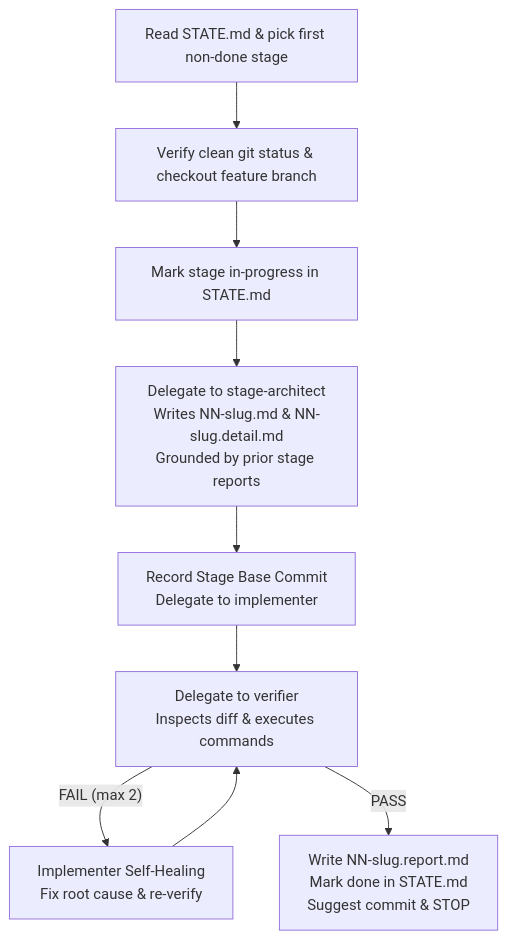
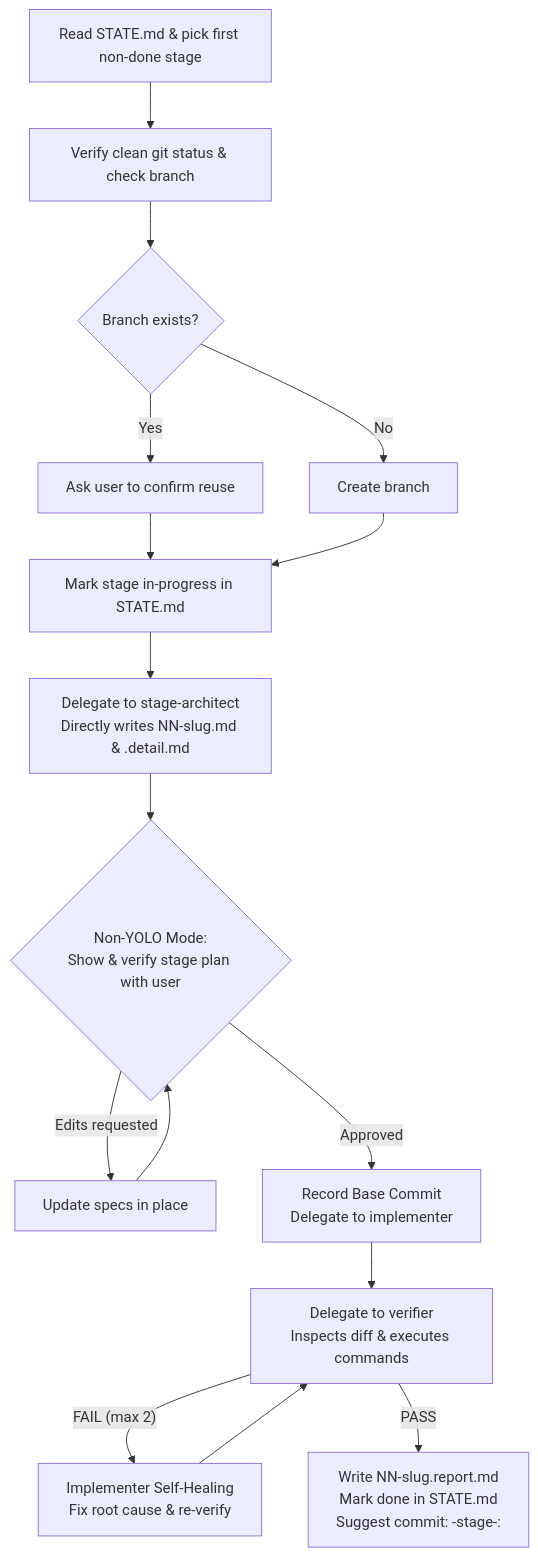
The second of 2 diagrams in skills/staged-build/SKILL.md (nsrandom/gemini-staged-build), drawn with Mermaid before and after one commit. The commit also changed other lines of this file and 8 other files, not shown here.

Commit message:
v1.2.0: Implement plan-first architecture, mandatory feature branching, standardized commit conventions, and updated maintenance procedures.

````diff
--- a/skills/staged-build/SKILL.md
+++ b/skills/staged-build/SKILL.md
@@ -109,10 +112,14 @@
 ```mermaid
 flowchart TD
-    A[Read STATE.md & pick first non-done stage] --> B[Verify clean git status & checkout feature branch]
-    B --> C[Mark stage in-progress in STATE.md]
-    C --> D[Delegate to stage-architect\nWrites NN-slug.md & NN-slug.detail.md\nGrounded by prior stage reports]
-    D --> E[Record Stage Base Commit\nDelegate to implementer]
+    A[Read STATE.md & pick first non-done stage] --> B[Verify clean git status & check branch]
+    B --> B2{Branch exists?}
+    B2 -- Yes --> B3[Ask user to confirm reuse] --> C
+    B2 -- No --> B4[Create branch <feature>] --> C
+    C[Mark stage in-progress in STATE.md] --> D[Delegate to stage-architect\nDirectly writes NN-slug.md & .detail.md]
+    D --> D2{Non-YOLO Mode:\nShow & verify stage plan with user}
+    D2 -- "Edits requested" --> D3[Update specs in place] --> D2
+    D2 -- "Approved" --> E[Record Base Commit\nDelegate to implementer]
     E --> F[Delegate to verifier\nInspects diff & executes commands]
     F -- FAIL (max 2) --> G[Implementer Self-Healing\nFix root cause & re-verify] --> F
-    F -- PASS --> H[Write NN-slug.report.md\nMark done in STATE.md\nSuggest commit & STOP]
+    F -- PASS --> H[Write NN-slug.report.md\nMark done in STATE.md\nSuggest commit: <feature>-stage-<num>: <title> & STOP]
 ```
````
